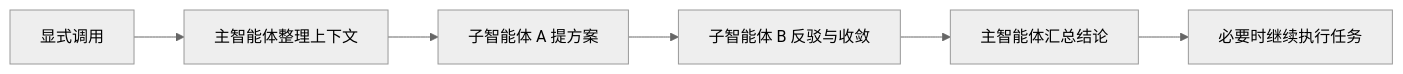
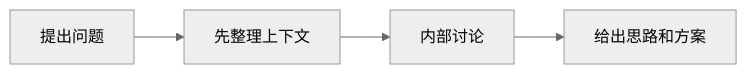
The third of 3 diagrams in README.md (chungeplus/yeizi-skills), drawn with Mermaid (neutral theme) before and after one commit. The commit also changed other lines of this file and 1 other file, not shown here.

````diff
--- a/README.md
+++ b/README.md
@@ -64,8 +69,6 @@
 ```mermaid
 flowchart LR
-    A["显式调用"] --> B["主智能体整理上下文"]
-    B --> C["子智能体 A 提方案"]
-    C --> D["子智能体 B 反驳与收敛"]
-    D --> E["主智能体汇总结论"]
-    E --> F["必要时继续执行任务"]
+    A["提出问题"] --> B["先整理上下文"]
+    B --> C["内部讨论"]
+    C --> D["给出思路和方案"]
 ```
````
